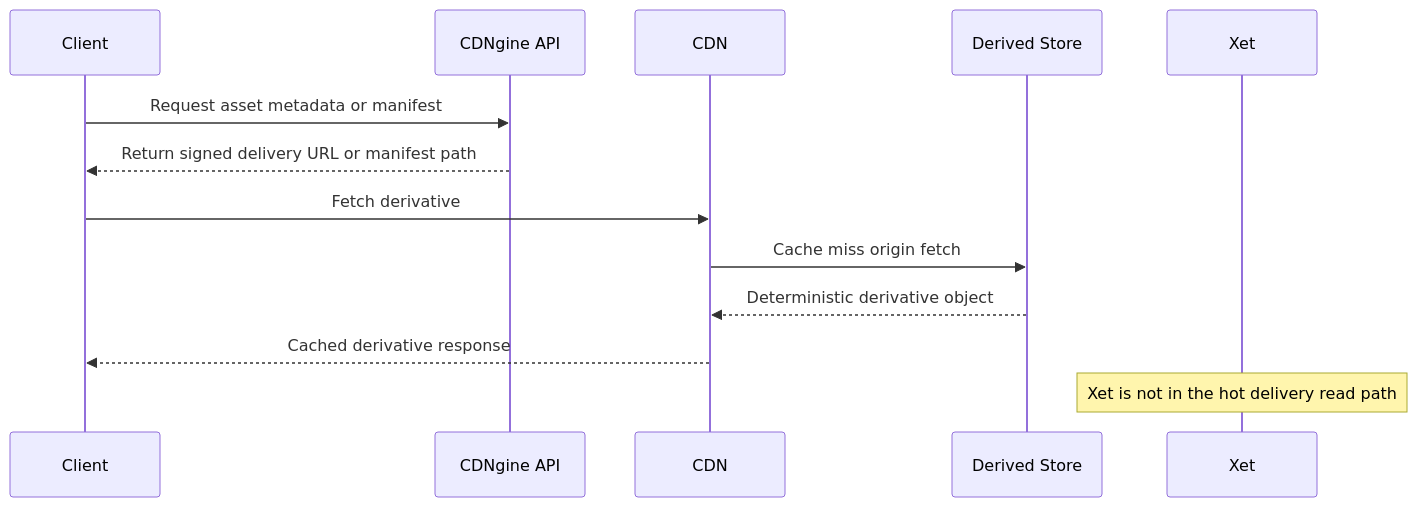
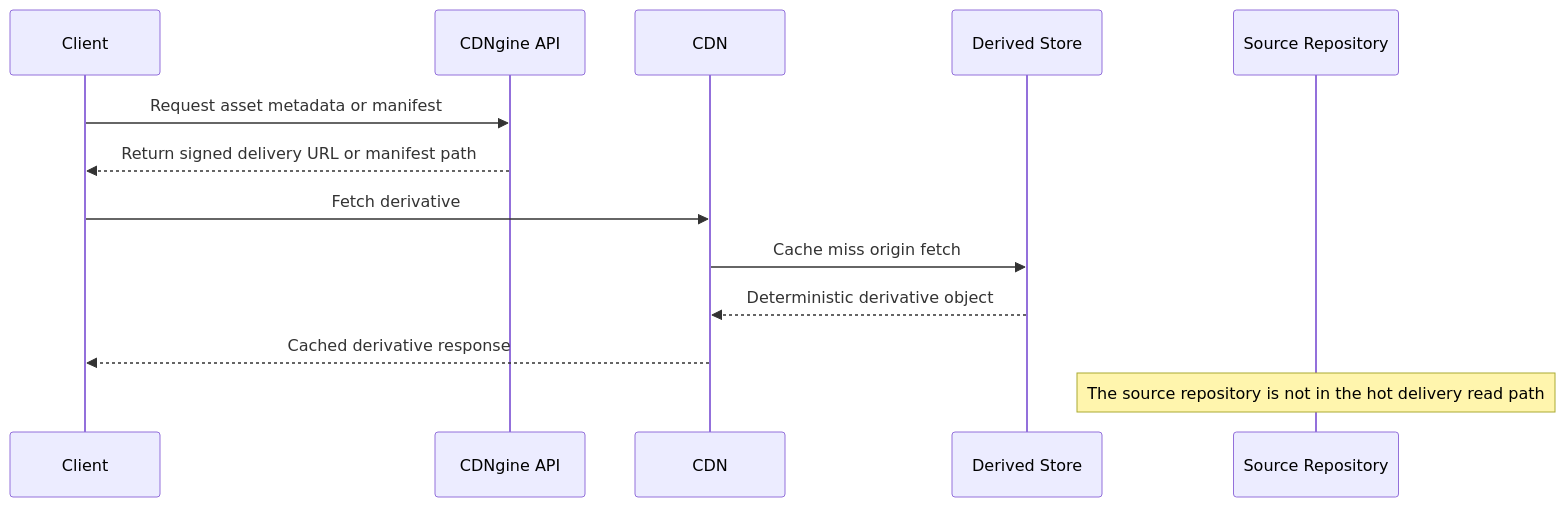
One commit to Yeusepe/cdngine changed the fifth of 9 diagrams in docs/architecture.md. Above: the diagram before and after it, drawn with Mermaid. The commit also changed other lines of this file and 33 other files, not shown here.

First line of the commit message:
Adopt canonical source repository and tiered storage

````diff
--- a/docs/architecture.md
+++ b/docs/architecture.md
@@ -255,16 +288,16 @@
 ```mermaid
 sequenceDiagram
     participant Client
     participant API as CDNgine API
     participant CDN as CDN
     participant D as Derived Store
-    participant O as Xet
+    participant O as Source Repository
 
     Client->>API: Request asset metadata or manifest
     API-->>Client: Return signed delivery URL or manifest path
     Client->>CDN: Fetch derivative
     CDN->>D: Cache miss origin fetch
     D-->>CDN: Deterministic derivative object
     CDN-->>Client: Cached derivative response
-    Note over O: Xet is not in the hot delivery read path
+    Note over O: The source repository is not in the hot delivery read path
 ```
````
